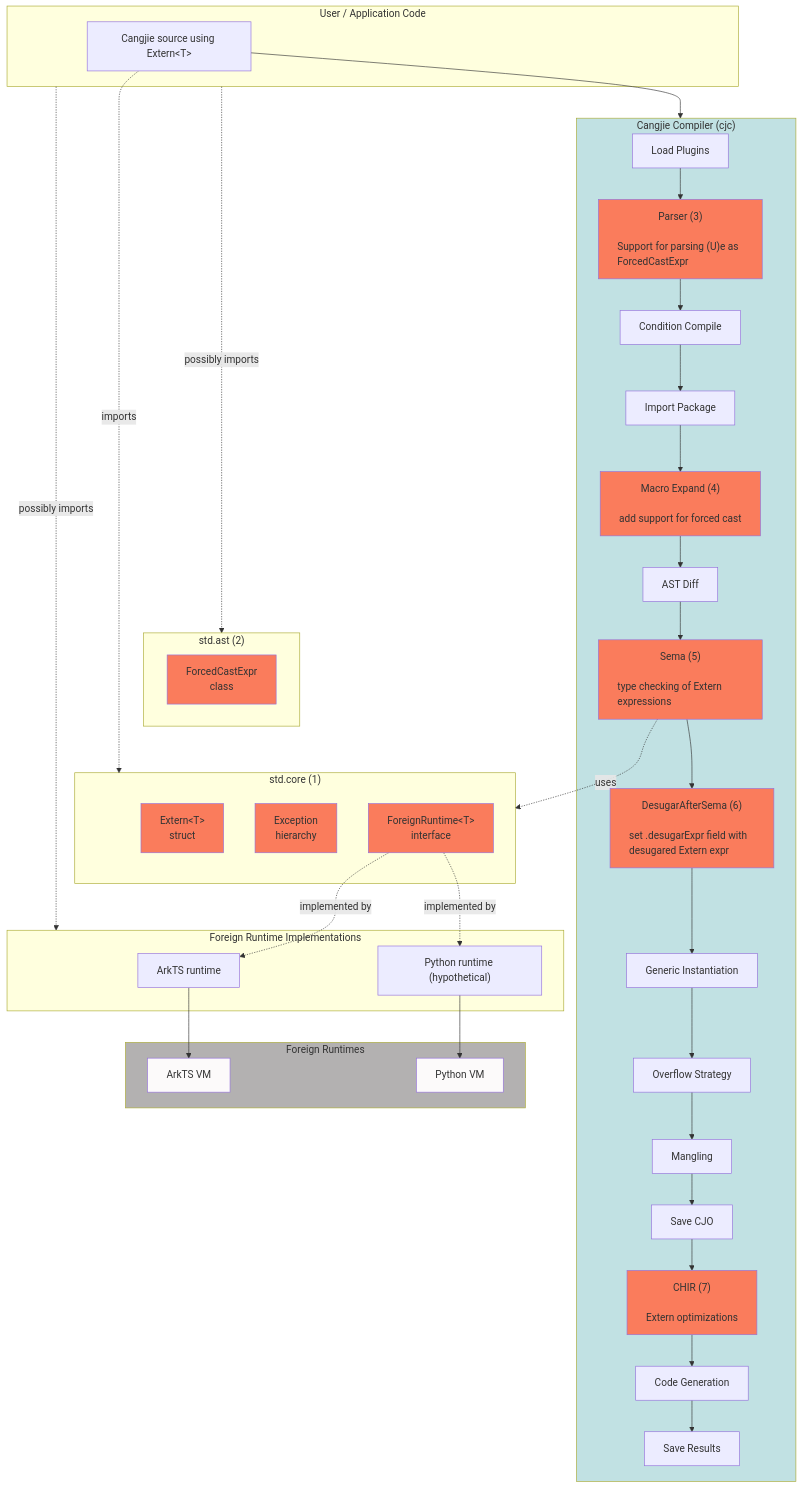
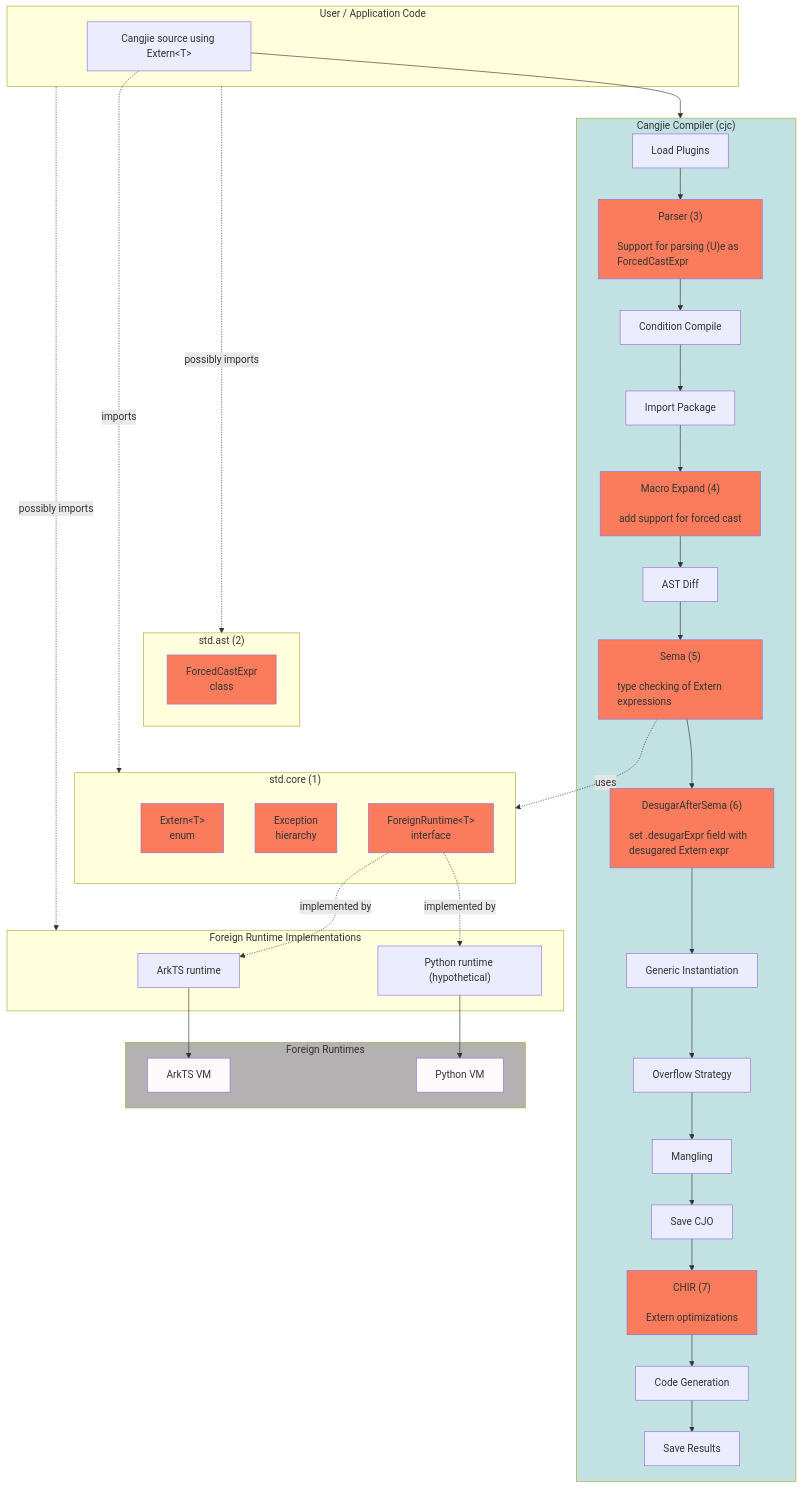
One commit to belolourenco/cangjie_interop_architecture changed the diagram in docs/extern_architecture.md. Above: the diagram before and after it, drawn with Mermaid. The commit also changed other lines of this file, not shown here.

````diff
--- a/docs/extern_architecture.md
+++ b/docs/extern_architecture.md
@@ -224,72 +224,72 @@
 ```mermaid
 flowchart TB
     subgraph UserCode["User / Application Code"]
         UC["Cangjie source using Extern&lt;T&gt;"]
     end
 
     subgraph Compiler["Cangjie Compiler (cjc)"]
         LoadPlugin["Load Plugins"]
         Parser["Parser (3)<br/><br/><p style='text-align:left'>Support for parsing (U)e as ForcedCastExpr</p>"]
         ConditionCompile["Condition Compile"]
         ImportPackage["Import Package"]
         MacroExpand["Macro Expand (4)<br/><br/><p style='text-align:left'>add support for forced cast</p>"]
         ASTDiff["AST Diff"]
         Sema["Sema (5)<br/><br/><p style='text-align:left'>type checking of Extern expressions</p>"]
         DesugarAfterSema["DesugarAfterSema (6)<br/><br/><p style='text-align:left'>set .desugarExpr field with desugared Extern expr</p>"]
         GenericInstantiation["Generic Instantiation"]
         OverflowStrategy["Overflow Strategy"]
         Mangling["Mangling"]
         SaveCJO["Save CJO"]
         CHIR["CHIR (7)<br/><br/><p style='text-align:left'>Extern optimizations</p>"]
         CodeGen["Code Generation"]
         SaveResults["Save Results"]
         style Parser fill:#fa7c5c
         style MacroExpand fill:#fa7c5c
         style DesugarAfterSema fill:#fa7c5c
         style CHIR fill:#fa7c5c
         style Sema fill:#fa7c5c
     end
 
     subgraph StdAST["std.ast (2)"]
         ForcedCastExpr["ForcedCastExpr<br/>class"]
         style ForcedCastExpr fill:#fa7c5c
     end
 
     subgraph StdCore["std.core (1)"]
-        ExternType["Extern&lt;T&gt;<br/>struct"]
+        ExternType["Extern&lt;T&gt;<br/>enum"]
         Exc["Exception<br/>hierarchy"]
         FRT["ForeignRuntime&lt;T&gt;<br/>interface"]
         style ExternType fill:#fa7c5c
         style Exc fill:#fa7c5c
         style FRT fill:#fa7c5c
     end
 
     subgraph RuntimeImpl["Foreign&nbsp;Runtime&nbsp;Implementations"]
         ArkTS["ArkTS runtime"]
         Python["Python runtime (hypothetical)"]
     end
 
     subgraph ForeignVM["Foreign Runtimes"]
         ArkVM["ArkTS VM"]
         PyVM["Python VM"]
         style ArkVM fill: #fcfafa
         style PyVM fill: #fcfafa
     end
 
     UserCode -.-> |"possibly imports"| StdAST
     StdAST ~~~ StdCore
     UC --> Compiler
     LoadPlugin --> Parser --> ConditionCompile --> ImportPackage --> MacroExpand
     MacroExpand --> ASTDiff --> Sema --> DesugarAfterSema --> GenericInstantiation
     GenericInstantiation --> OverflowStrategy --> Mangling --> SaveCJO
     SaveCJO --> CHIR --> CodeGen --> SaveResults
     Sema -.->|"uses"| StdCore
     UC -.-> |"imports"| StdCore
     ArkTS --> ArkVM
     Python --> PyVM
     FRT -.->|"implemented by"| ArkTS
     FRT -.->|"implemented by"| Python
     UserCode -.-> |"possibly imports"| RuntimeImpl
     style ForeignVM fill:#b3b1b1
     style Compiler fill:#c1e1e3
 ```
````
